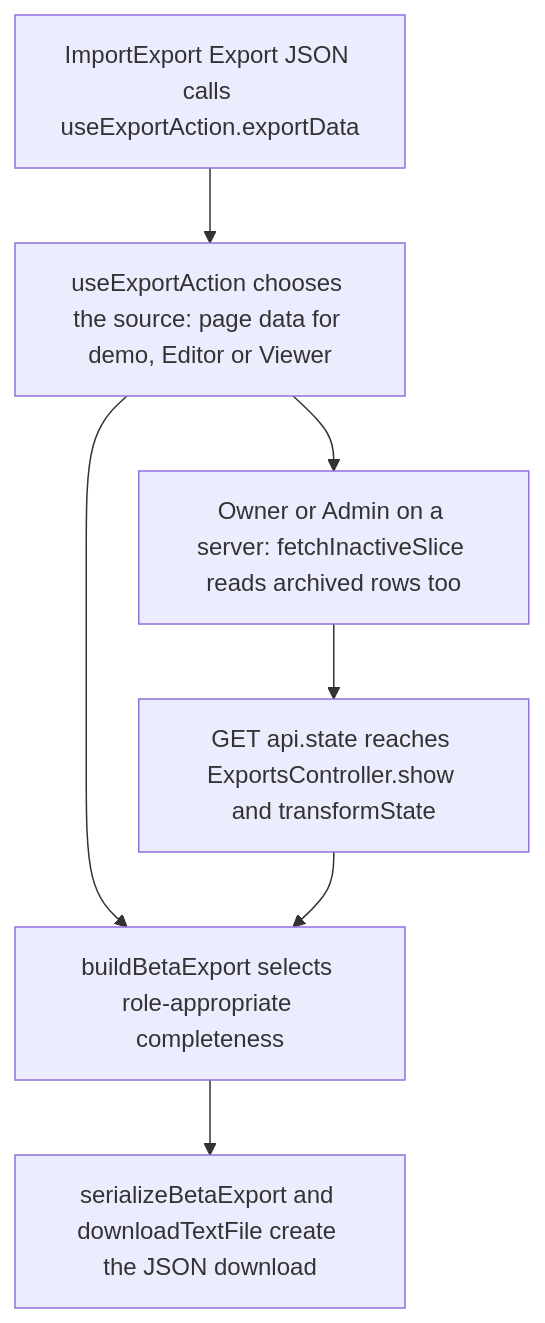
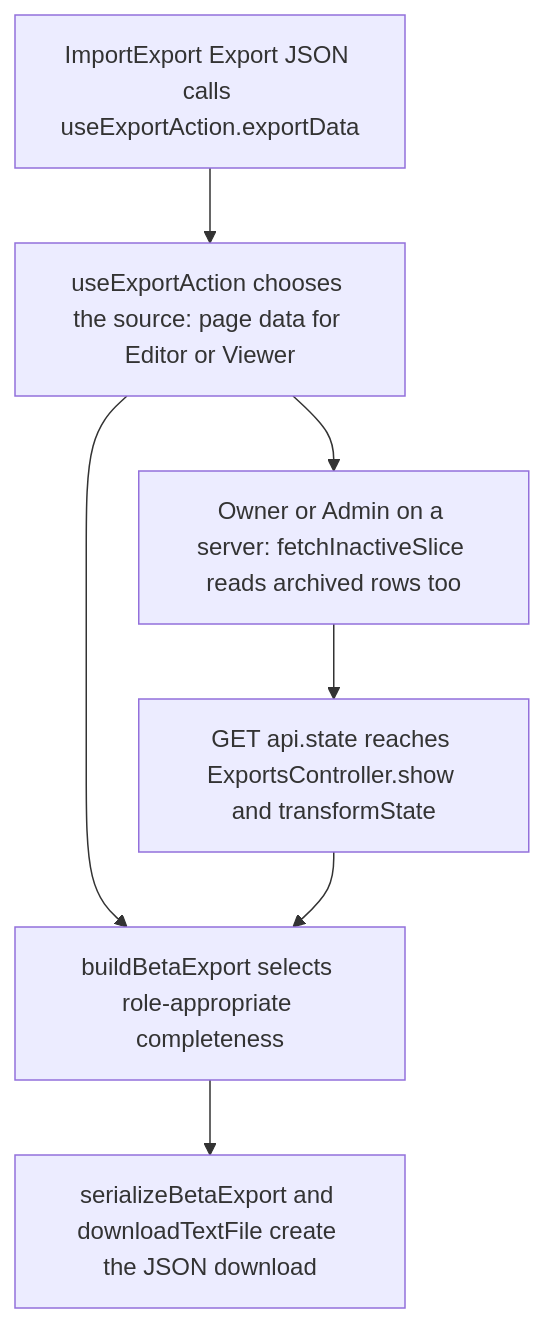
Before and after one commit to Kevinjohn/capacitylens: the second of 2 diagrams in user-stories/data/US-DAT-01-export-json.md, drawn with Mermaid. The commit also changed other lines of this file and 343 other files, not shown here.

````diff
--- a/user-stories/data/US-DAT-01-export-json.md
+++ b/user-stories/data/US-DAT-01-export-json.md
@@ -28,9 +28,9 @@
 ```mermaid
 flowchart TD
-  button["ImportExport Export JSON calls useExportAction.exportData"] --> mode["useExportAction chooses the source: page data for demo, Editor or Viewer"]
+  button["ImportExport Export JSON calls useExportAction.exportData"] --> mode["useExportAction chooses the source: page data for Editor or Viewer"]
   mode --> fetch["Owner or Admin on a server: fetchInactiveSlice reads archived rows too"]
   fetch --> route["GET api.state reaches ExportsController.show and transformState"]
   mode --> build["buildBetaExport selects role-appropriate completeness"]
   route --> build
   build --> file["serializeBetaExport and downloadTextFile create the JSON download"]
 ```
````
